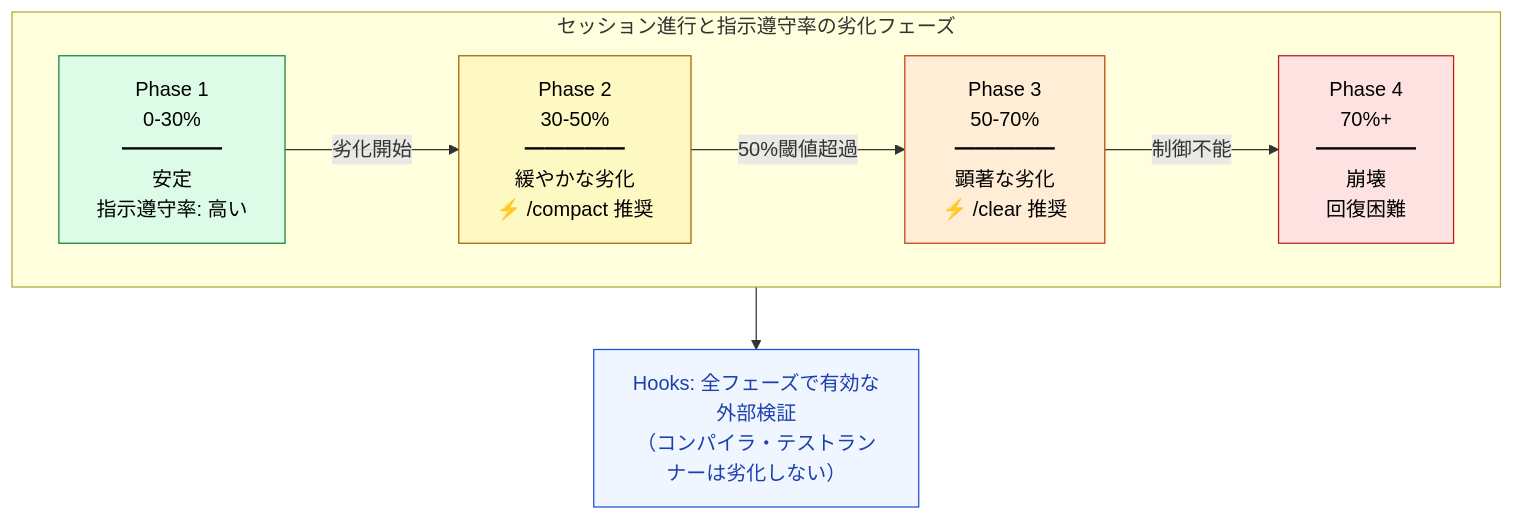
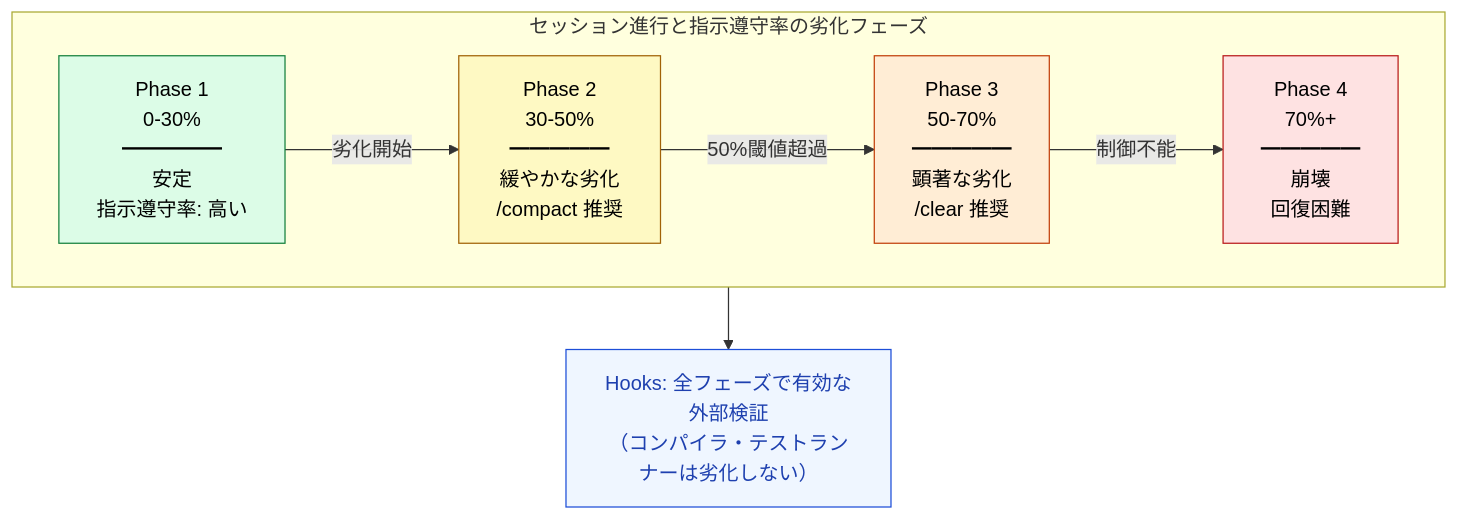
The first of 2 diagrams in docs/ja/01-llm-structural-problems/instruction-decay.md (shuji-bonji/understanding-llm-through-claude-code), drawn with Mermaid before and after one commit. The commit also changed 21 other files, not shown here.

````diff
--- a/docs/ja/01-llm-structural-problems/instruction-decay.md
+++ b/docs/ja/01-llm-structural-problems/instruction-decay.md
@@ -50,21 +50,21 @@
 ```mermaid
 flowchart TB
     subgraph phases ["セッション進行と指示遵守率の劣化フェーズ"]
         direction LR
         P1["Phase 1<br>0-30%<br>━━━━━<br>安定<br>指示遵守率: 高い"]
-        P2["Phase 2<br>30-50%<br>━━━━━<br>緩やかな劣化<br>⚡ /compact 推奨"]
-        P3["Phase 3<br>50-70%<br>━━━━━<br>顕著な劣化<br>⚡ /clear 推奨"]
+        P2["Phase 2<br>30-50%<br>━━━━━<br>緩やかな劣化<br>/compact 推奨"]
+        P3["Phase 3<br>50-70%<br>━━━━━<br>顕著な劣化<br>/clear 推奨"]
         P4["Phase 4<br>70%+<br>━━━━━<br>崩壊<br>回復困難"]
         P1 -->|"劣化開始"| P2 -->|"50%閾値超過"| P3 -->|"制御不能"| P4
     end
 
     Hooks["Hooks: 全フェーズで有効な外部検証<br>（コンパイラ・テストランナーは劣化しない）"]
 
     phases --> Hooks
 
     style P1 fill:#dcfce7,stroke:#15803d,color:#000
     style P2 fill:#fef9c3,stroke:#a16207,color:#000
     style P3 fill:#ffedd5,stroke:#c2410c,color:#000
     style P4 fill:#fee2e2,stroke:#b91c1c,color:#000
     style Hooks fill:#eff6ff,stroke:#1d4ed8,color:#1e40af
 ```
````
